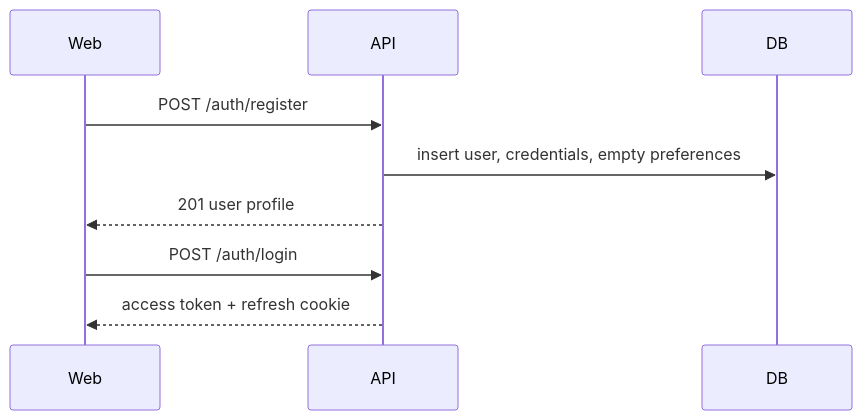
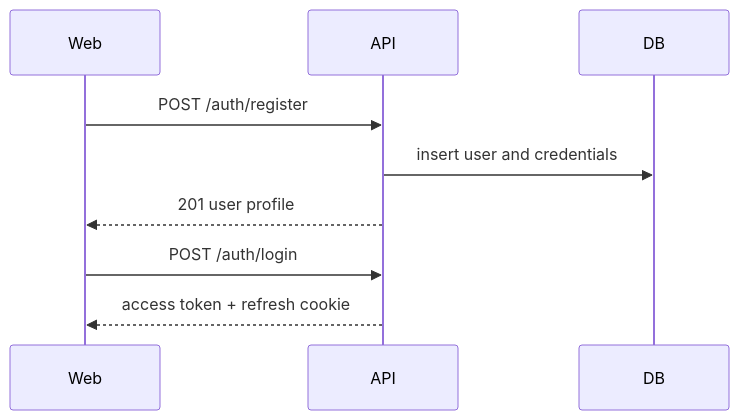
The first of 4 diagrams in docs/backend/identity/auth-flow.mdx (ThiagoPanini/campfire), drawn with Mermaid before and after one commit. The commit also changed other lines of this file and 48 other files, not shown here.

````diff
--- a/docs/backend/identity/auth-flow.mdx
+++ b/docs/backend/identity/auth-flow.mdx
@@ -27,11 +27,11 @@
 ```mermaid
 sequenceDiagram
   participant Web
   participant API
   participant DB
   Web->>API: POST /auth/register
-  API->>DB: insert user, credentials, empty preferences
+  API->>DB: insert user and credentials
   API-->>Web: 201 user profile
   Web->>API: POST /auth/login
   API-->>Web: access token + refresh cookie
 ```
````
